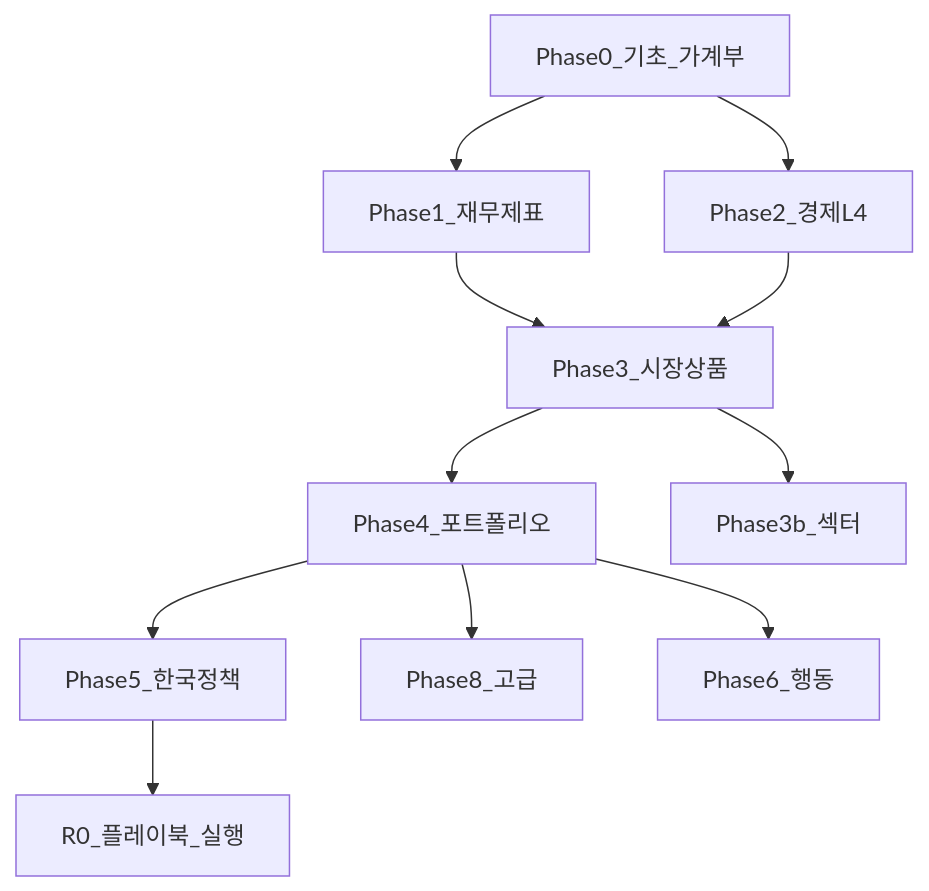
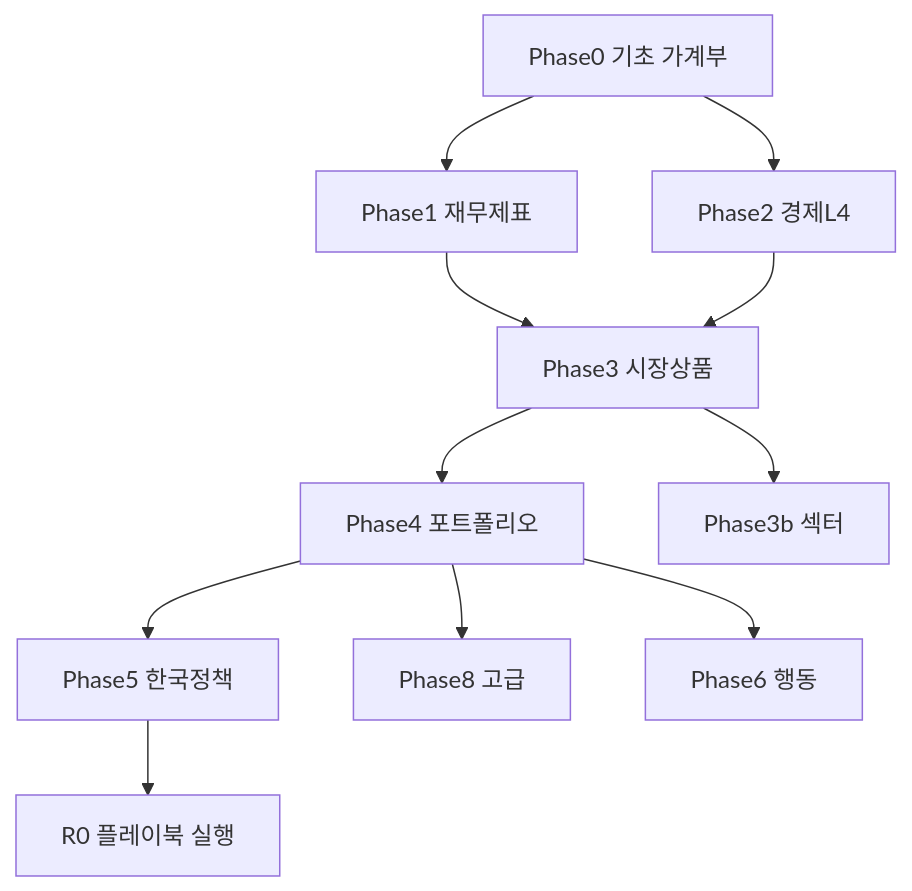
The diagram in webdocs/00-roadmap/CURRICULUM-MAP.md (goldanghenry/Finances), drawn with Mermaid before and after one commit. The commit also changed 211 other files, not shown here.

````diff
--- a/webdocs/00-roadmap/CURRICULUM-MAP.md
+++ b/webdocs/00-roadmap/CURRICULUM-MAP.md
@@ -226,13 +226,13 @@
 ```mermaid
 flowchart TD
-  F0[Phase0_기초_가계부] --> F1[Phase1_재무제표]
-  F0 --> E2[Phase2_경제L4]
-  F1 --> M3[Phase3_시장상품]
+  F0["Phase0 기초 가계부"] --> F1["Phase1 재무제표"]
+  F0 --> E2["Phase2 경제L4"]
+  F1 --> M3["Phase3 시장상품"]
   E2 --> M3
-  M3 --> P4[Phase4_포트폴리오]
-  P4 --> K5[Phase5_한국정책]
-  M3 --> S3[Phase3b_섹터]
-  P4 --> A8[Phase8_고급]
-  P4 --> B6[Phase6_행동]
-  K5 --> R0[R0_플레이북_실행]
+  M3 --> P4["Phase4 포트폴리오"]
+  P4 --> K5["Phase5 한국정책"]
+  M3 --> S3["Phase3b 섹터"]
+  P4 --> A8["Phase8 고급"]
+  P4 --> B6["Phase6 행동"]
+  K5 --> R0["R0 플레이북 실행"]
 ```
````
